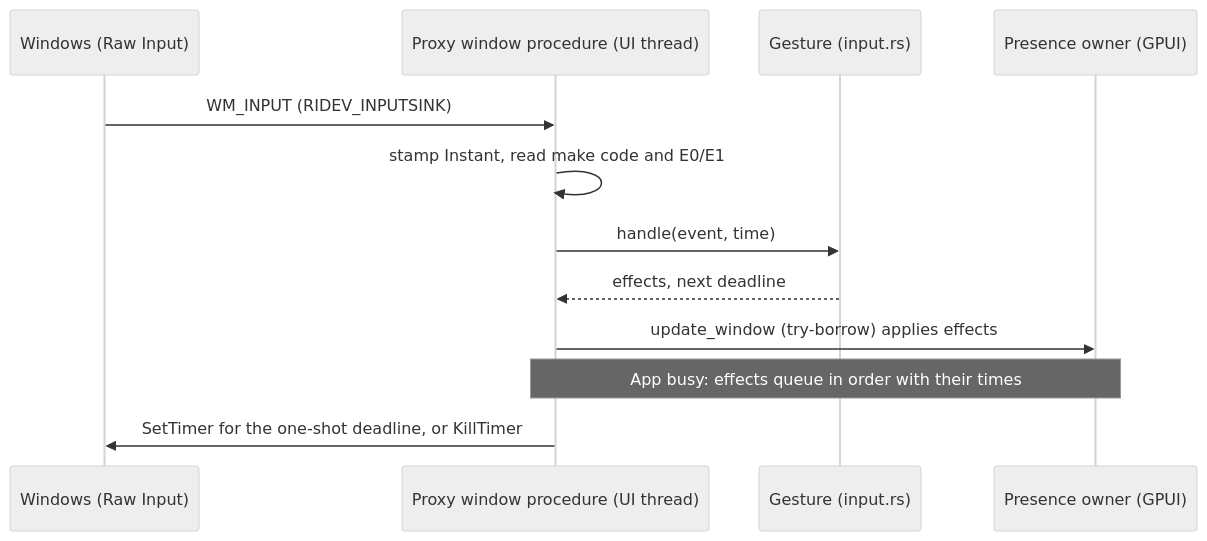
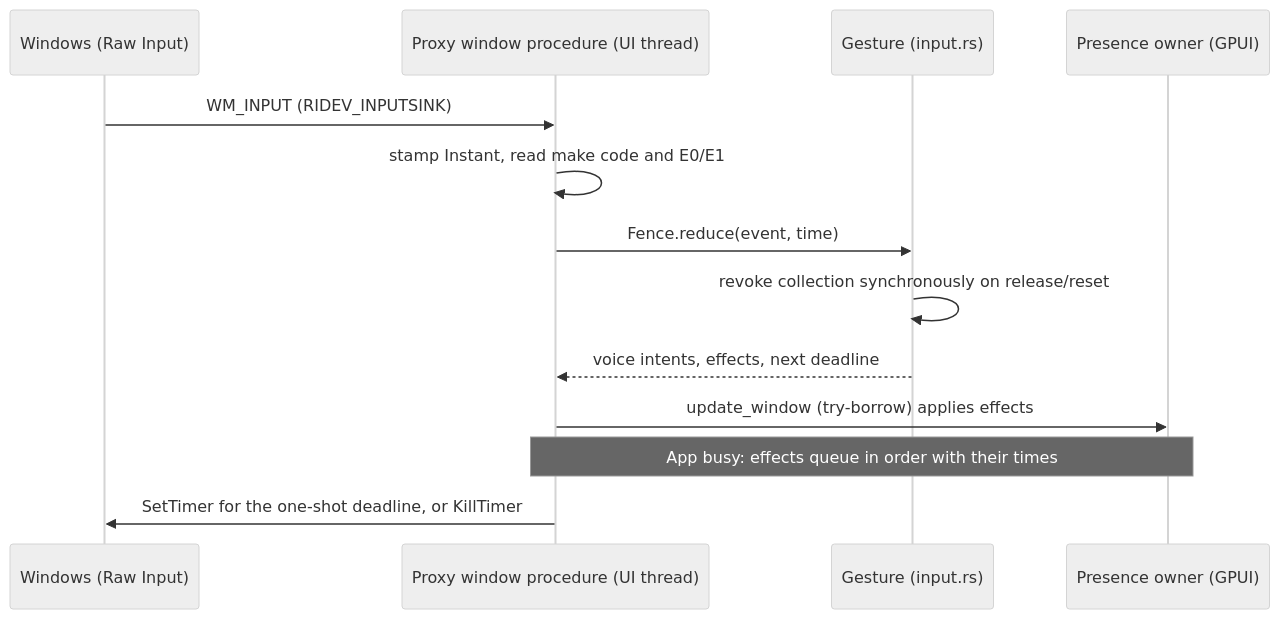
The second of 3 diagrams in docs/development/input.md (labcoder/capsula), drawn with Mermaid (neutral theme) before and after one commit. The commit also changed other lines of this file and 33 other files, not shown here.

````diff
--- a/docs/development/input.md
+++ b/docs/development/input.md
@@ -50,14 +50,15 @@
 ```mermaid
 sequenceDiagram
     participant W as Windows (Raw Input)
     participant P as Proxy window procedure (UI thread)
     participant G as Gesture (input.rs)
     participant O as Presence owner (GPUI)
     W->>P: WM_INPUT (RIDEV_INPUTSINK)
     P->>P: stamp Instant, read make code and E0/E1
-    P->>G: handle(event, time)
-    G-->>P: effects, next deadline
+    P->>G: Fence.reduce(event, time)
+    G->>G: revoke collection synchronously on release/reset
+    G-->>P: voice intents, effects, next deadline
     P->>O: update_window (try-borrow) applies effects
     Note over P,O: App busy: effects queue in order with their times
     P->>W: SetTimer for the one-shot deadline, or KillTimer
 ```
````
